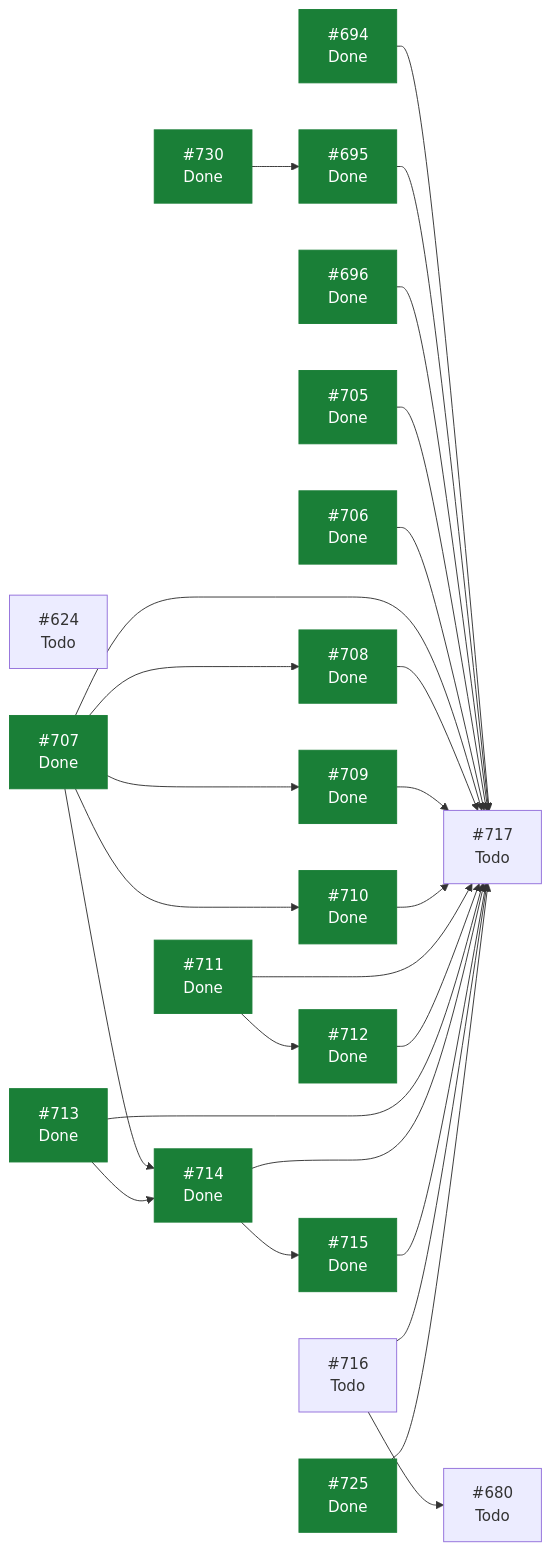
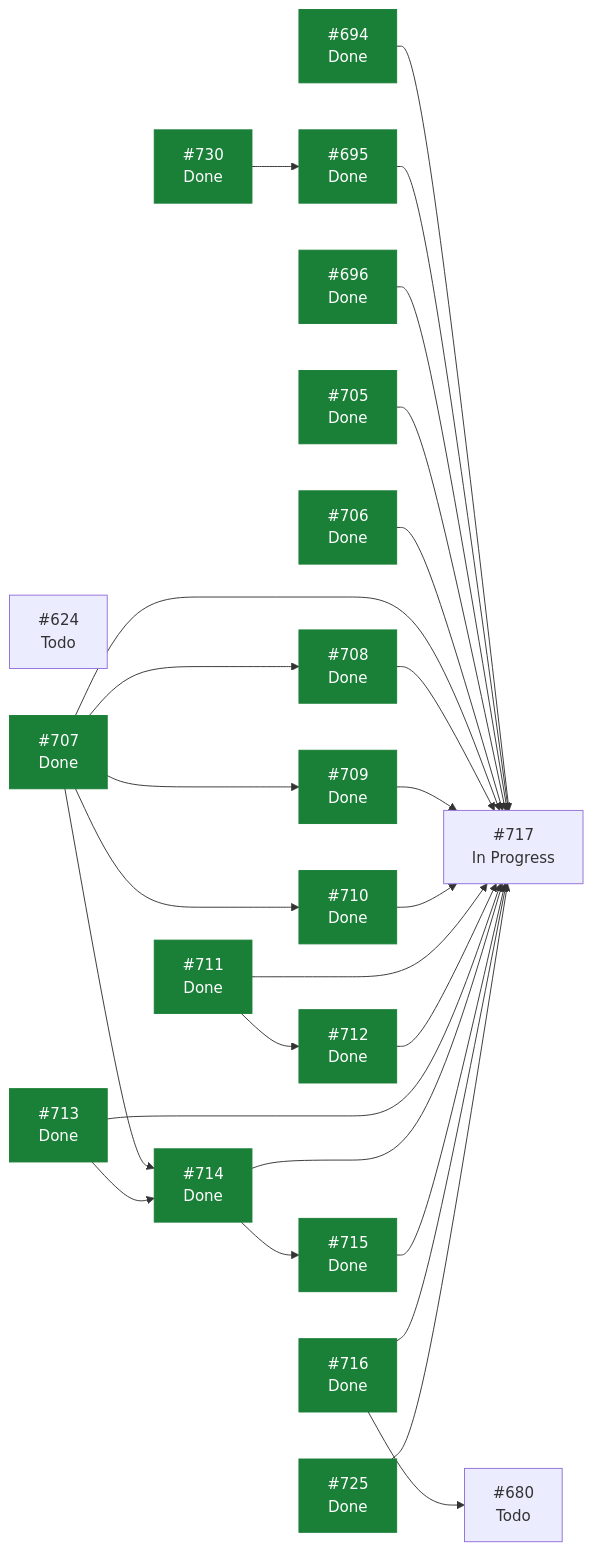
The diagram in docs/planning/STATUS.md (ecamp0s/evault), drawn with Mermaid before and after one commit. The commit also changed other lines of this file, not shown here.

````diff
--- a/docs/planning/STATUS.md
+++ b/docs/planning/STATUS.md
@@ -106,50 +107,50 @@
 ```mermaid
 graph LR
   I624["#624<br/>Todo"]
   I680["#680<br/>Todo"]
   I694["#694<br/>Done"]
   I695["#695<br/>Done"]
   I696["#696<br/>Done"]
   I705["#705<br/>Done"]
   I706["#706<br/>Done"]
   I707["#707<br/>Done"]
   I708["#708<br/>Done"]
   I709["#709<br/>Done"]
   I710["#710<br/>Done"]
   I711["#711<br/>Done"]
   I712["#712<br/>Done"]
   I713["#713<br/>Done"]
   I714["#714<br/>Done"]
   I715["#715<br/>Done"]
-  I716["#716<br/>Todo"]
-  I717["#717<br/>Todo"]
+  I716["#716<br/>Done"]
+  I717["#717<br/>In Progress"]
   I725["#725<br/>Done"]
   I730["#730<br/>Done"]
   I694 --> I717
   I695 --> I717
   I696 --> I717
   I705 --> I717
   I706 --> I717
   I707 --> I708
   I707 --> I709
   I707 --> I710
   I707 --> I714
   I707 --> I717
   I708 --> I717
   I709 --> I717
   I710 --> I717
   I711 --> I712
   I711 --> I717
   I712 --> I717
   I713 --> I714
   I713 --> I717
   I714 --> I715
   I714 --> I717
   I715 --> I717
   I716 --> I680
   I716 --> I717
   I725 --> I717
   I730 --> I695
   classDef hecho fill:#1a7f37,stroke:#1a7f37,color:#fff;
-  class I694,I695,I696,I705,I706,I707,I708,I709,I710,I711,I712,I713,I714,I715,I725,I730 hecho;
+  class I694,I695,I696,I705,I706,I707,I708,I709,I710,I711,I712,I713,I714,I715,I716,I725,I730 hecho;
 ```
````
